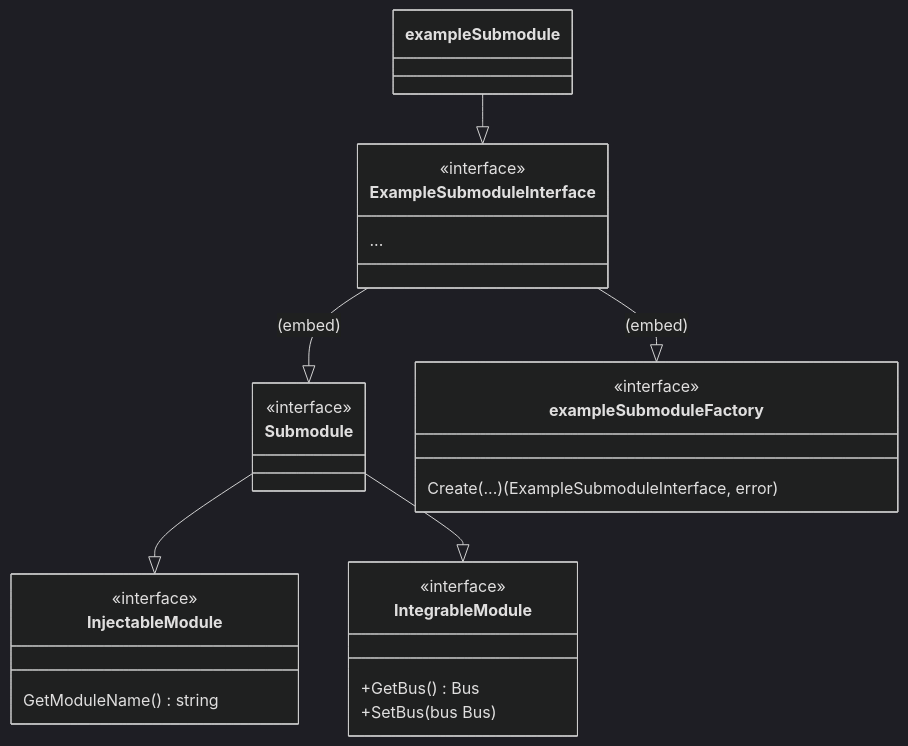
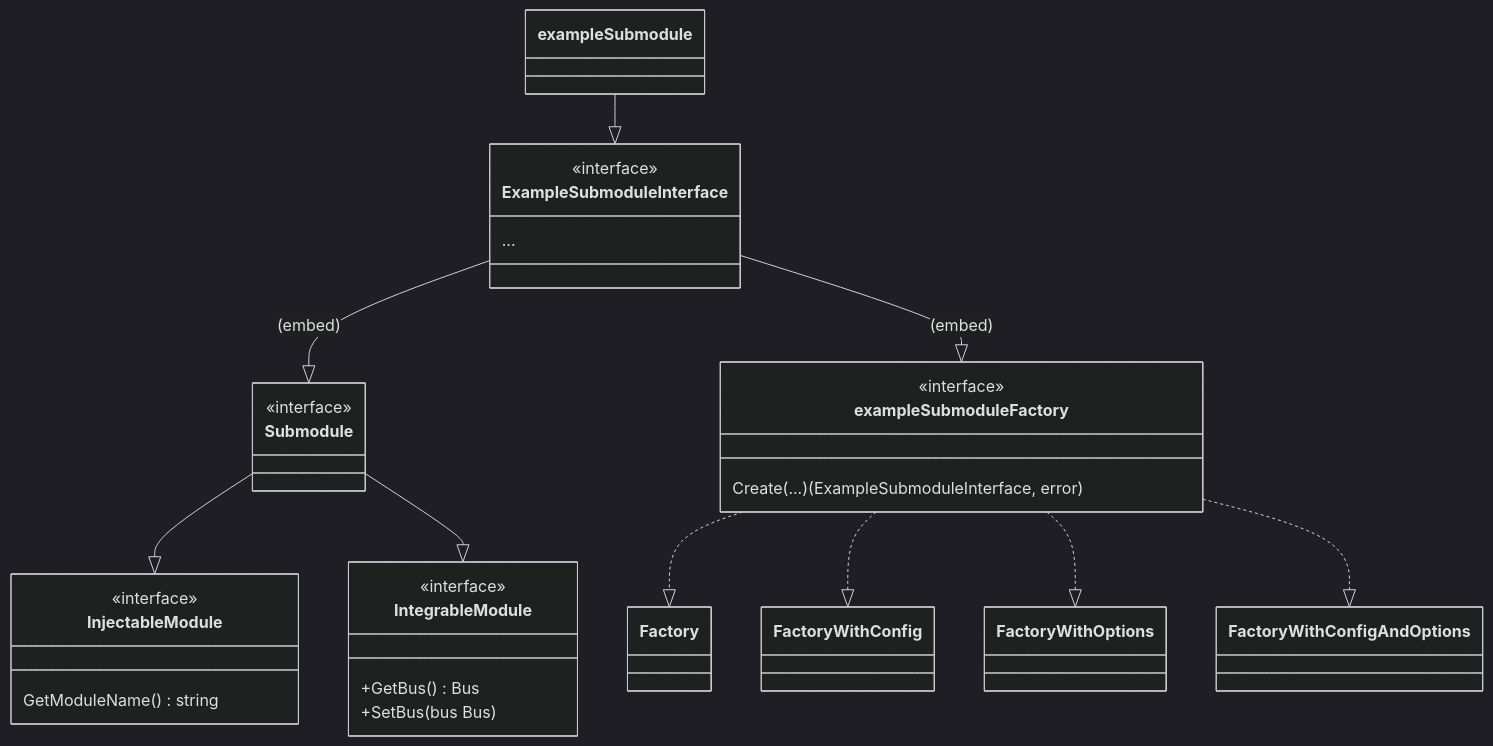
Before and after one commit to pokt-network/pocket: the third of 3 diagrams in shared/modules/doc/README.md, drawn with Mermaid (dark theme). The commit also changed other lines of this file, not shown here.

````diff
--- a/shared/modules/doc/README.md
+++ b/shared/modules/doc/README.md
@@ -126,36 +244,40 @@
 ```mermaid
 classDiagram
+	direction TB
 
 	class IntegrableModule {
 		<<interface>>
 		+GetBus() Bus
 		+SetBus(bus Bus)
 	}
 	class InjectableModule {
 		<<interface>>
 		GetModuleName() string
 	}
 
 	class Submodule {
 		<<interface>>
 	}
 
 	Submodule --|> InjectableModule
 	Submodule --|> IntegrableModule
 
 	class ExampleSubmoduleInterface {
 		<<interface>>
 		...
 	}
 
 	class exampleSubmodule
 	class exampleSubmoduleFactory {
 		<<interface>>
 		Create(...) (ExampleSubmoduleInterface, error)
 	}
 
 	exampleSubmodule --|> ExampleSubmoduleInterface
 	ExampleSubmoduleInterface --|> Submodule : (embed)
 	ExampleSubmoduleInterface --|> exampleSubmoduleFactory :(embed)
-%%	exampleSubmodule --|> exampleSubmoduleFactory
+	exampleSubmoduleFactory ..|> Factory
+	exampleSubmoduleFactory ..|> FactoryWithConfig
+	exampleSubmoduleFactory ..|> FactoryWithOptions
+	exampleSubmoduleFactory ..|> FactoryWithConfigAndOptions
 ```
````
